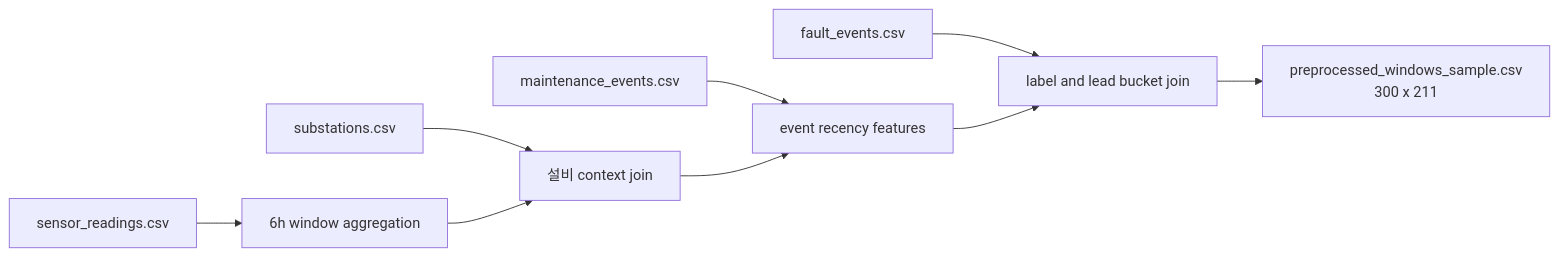
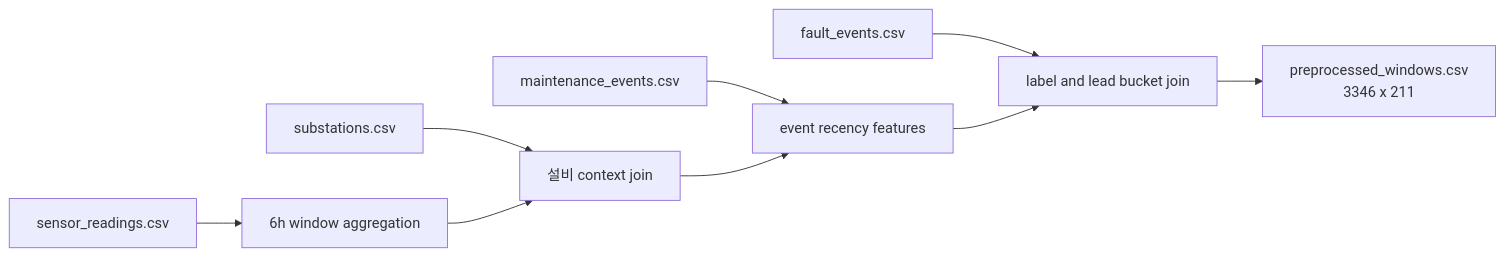
Before and after one commit to jiyang-lee/Heat_Grid_Agent: the diagram in docs/report/proto/02_preprocessing.md, drawn with Mermaid. The commit also changed other lines of this file and 32 other files, not shown here.

````diff
--- a/docs/report/proto/02_preprocessing.md
+++ b/docs/report/proto/02_preprocessing.md
@@ -47,11 +47,11 @@
 ```mermaid
 flowchart LR
   S["substations.csv"] --> JOIN["설비 context join"]
   R["sensor_readings.csv"] --> WIN["6h window aggregation"]
   F["fault_events.csv"] --> LABEL["label and lead bucket join"]
   M["maintenance_events.csv"] --> EVENT["event recency features"]
   WIN --> JOIN
   JOIN --> EVENT
   EVENT --> LABEL
-  LABEL --> OUT["preprocessed_windows_sample.csv<br/>300 x 211"]
+  LABEL --> OUT["preprocessed_windows.csv<br/>3346 x 211"]
 ```
````
